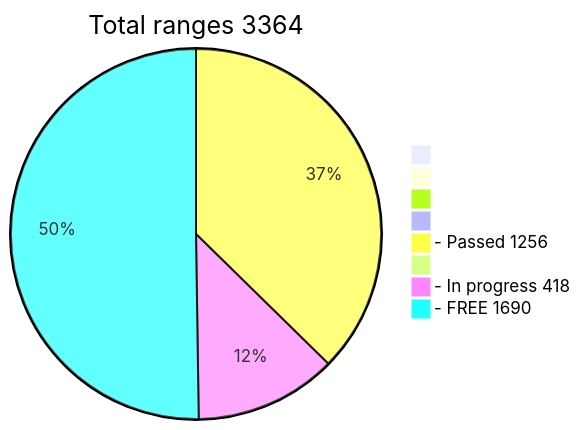
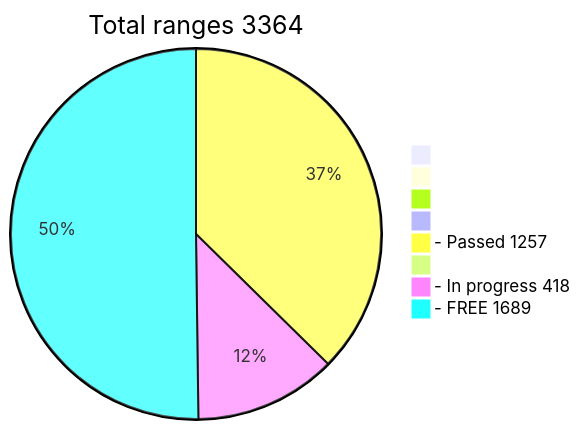
One commit to phrutis/wif500 changed the diagram in README.md. Above: the diagram before and after it, drawn with Mermaid.

````diff
--- a/README.md
+++ b/README.md
@@ -16,12 +16,12 @@
 ```mermaid
 pie title Total ranges 3364
              " " : 0
             "  " : 0
            "   " : 0
           "    " : 0
-  "- Passed 1256" : 1256
+  "- Passed 1257" : 1257
          "     " : 0
   "- In progress 418" : 418
-   "- FREE 1690" : 1690
+   "- FREE 1689" : 1689
    
 ```
````
